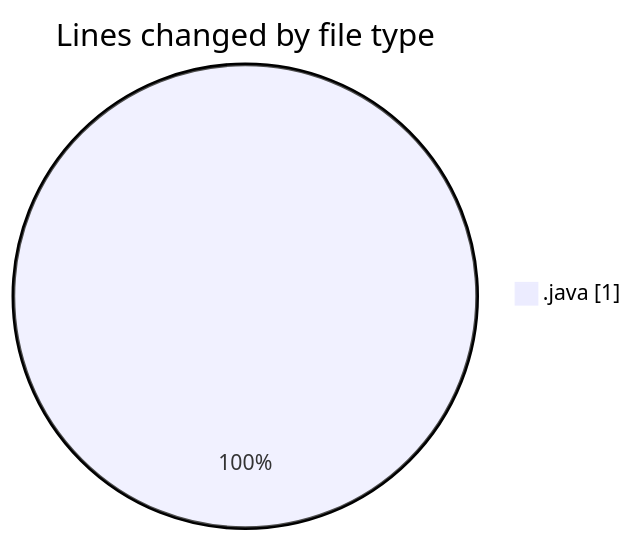
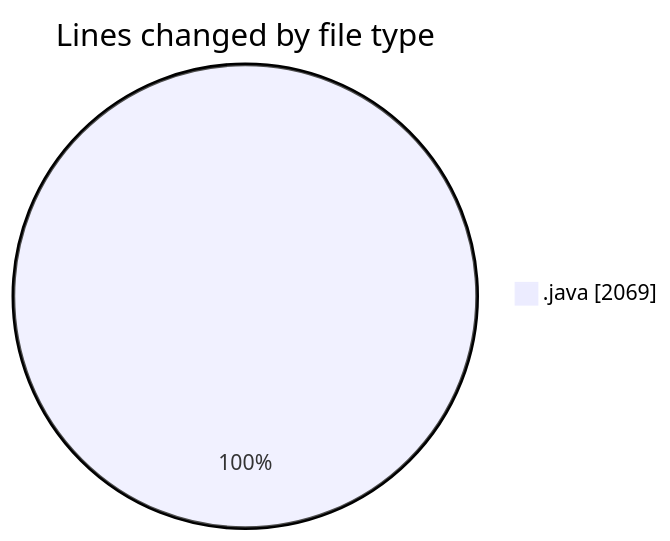
The first of 2 diagrams in 2026-03-26/cilapp/README.md (ricardozamudiocil/code-tracking), drawn with Mermaid before and after one commit. The commit also changed other lines of this file and 1 other file, not shown here.

````diff
--- a/2026-03-26/cilapp/README.md
+++ b/2026-03-26/cilapp/README.md
@@ -20,5 +21,5 @@
 ```mermaid
 pie showData
 title Lines changed by file type
-".java" : 1
+".java" : 2069
 ```
````
